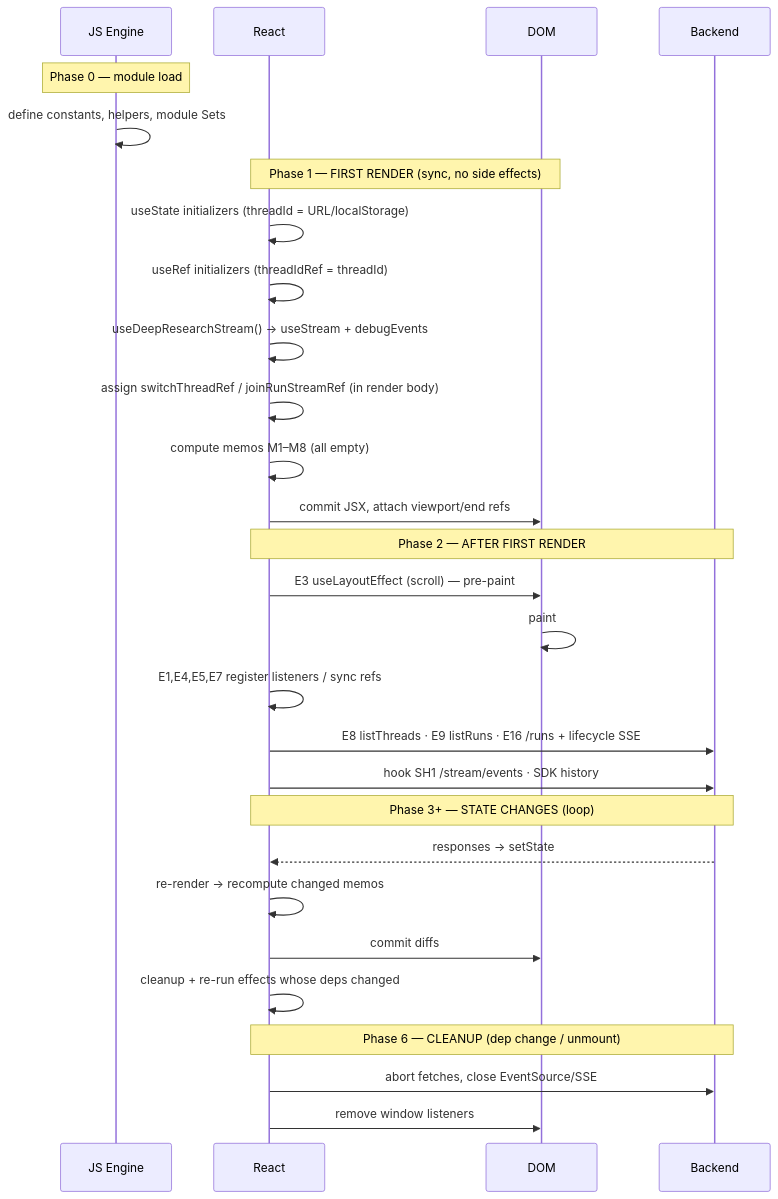
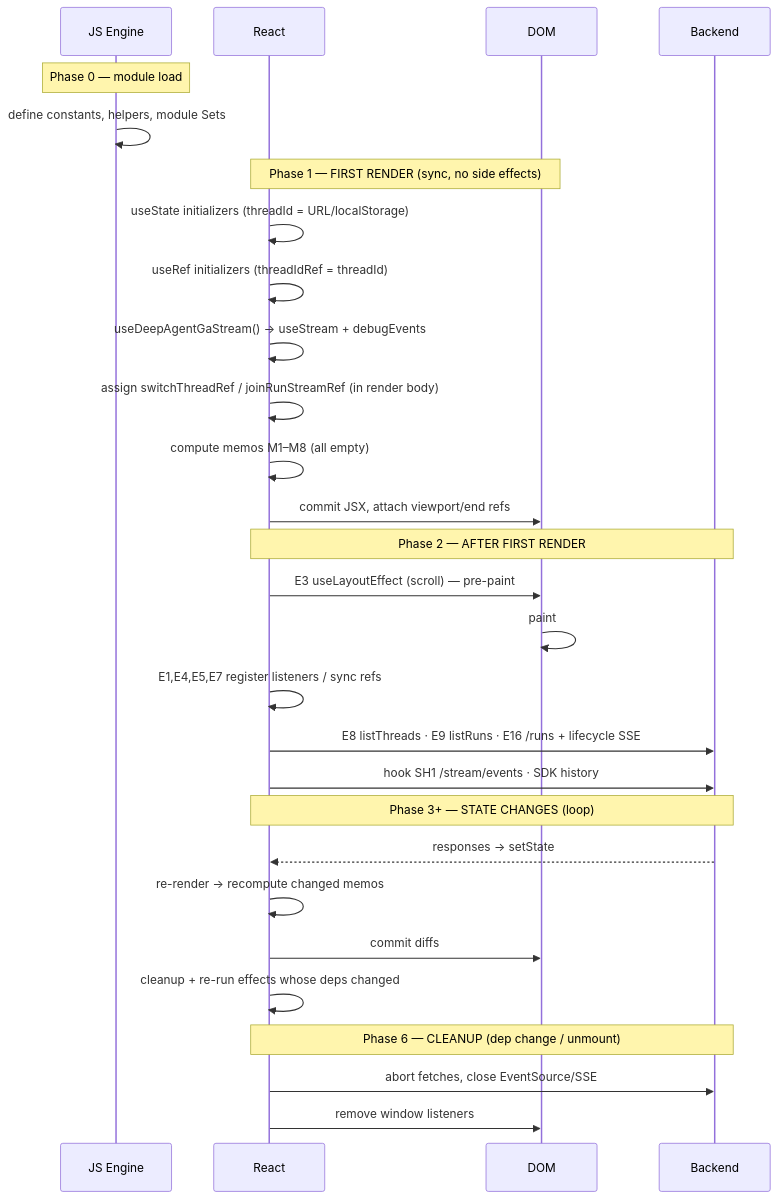
One commit to aa2051995/deep-agent-ga changed the first of 2 diagrams in docs/architecture/ui-app-lifecycle-timeline.md. Above: the diagram before and after it, drawn with Mermaid. The commit also changed other lines of this file and 71 other files, not shown here.

````diff
--- a/docs/architecture/ui-app-lifecycle-timeline.md
+++ b/docs/architecture/ui-app-lifecycle-timeline.md
@@ -7,35 +7,35 @@
 ```mermaid
 sequenceDiagram
     participant JS as JS Engine
     participant React
     participant DOM
     participant Net as Backend
 
     Note over JS: Phase 0 — module load
     JS->>JS: define constants, helpers, module Sets
 
     Note over React,DOM: Phase 1 — FIRST RENDER (sync, no side effects)
     React->>React: useState initializers (threadId = URL/localStorage)
     React->>React: useRef initializers (threadIdRef = threadId)
-    React->>React: useDeepResearchStream() → useStream + debugEvents
+    React->>React: useDeepAgentGaStream() → useStream + debugEvents
     React->>React: assign switchThreadRef / joinRunStreamRef (in render body)
     React->>React: compute memos M1–M8 (all empty)
     React->>DOM: commit JSX, attach viewport/end refs
 
     Note over React,Net: Phase 2 — AFTER FIRST RENDER
     React->>DOM: E3 useLayoutEffect (scroll) — pre-paint
     DOM->>DOM: paint
     React->>React: E1,E4,E5,E7 register listeners / sync refs
     React->>Net: E8 listThreads · E9 listRuns · E16 /runs + lifecycle SSE
     React->>Net: hook SH1 /stream/events · SDK history
 
     Note over React,Net: Phase 3+ — STATE CHANGES (loop)
     Net-->>React: responses → setState
     React->>React: re-render → recompute changed memos
     React->>DOM: commit diffs
     React->>React: cleanup + re-run effects whose deps changed
 
     Note over React,Net: Phase 6 — CLEANUP (dep change / unmount)
     React->>Net: abort fetches, close EventSource/SSE
     React->>DOM: remove window listeners
 ```
````
